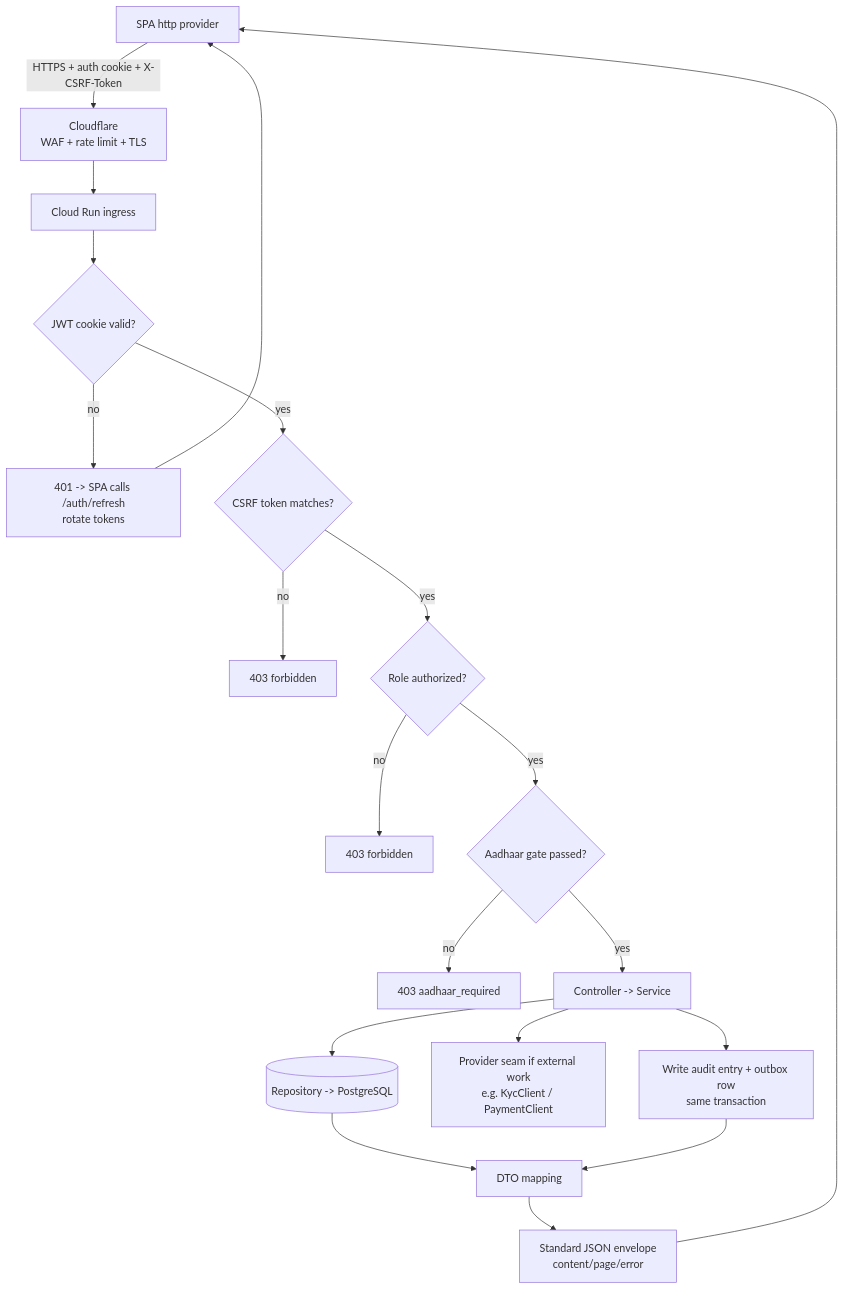
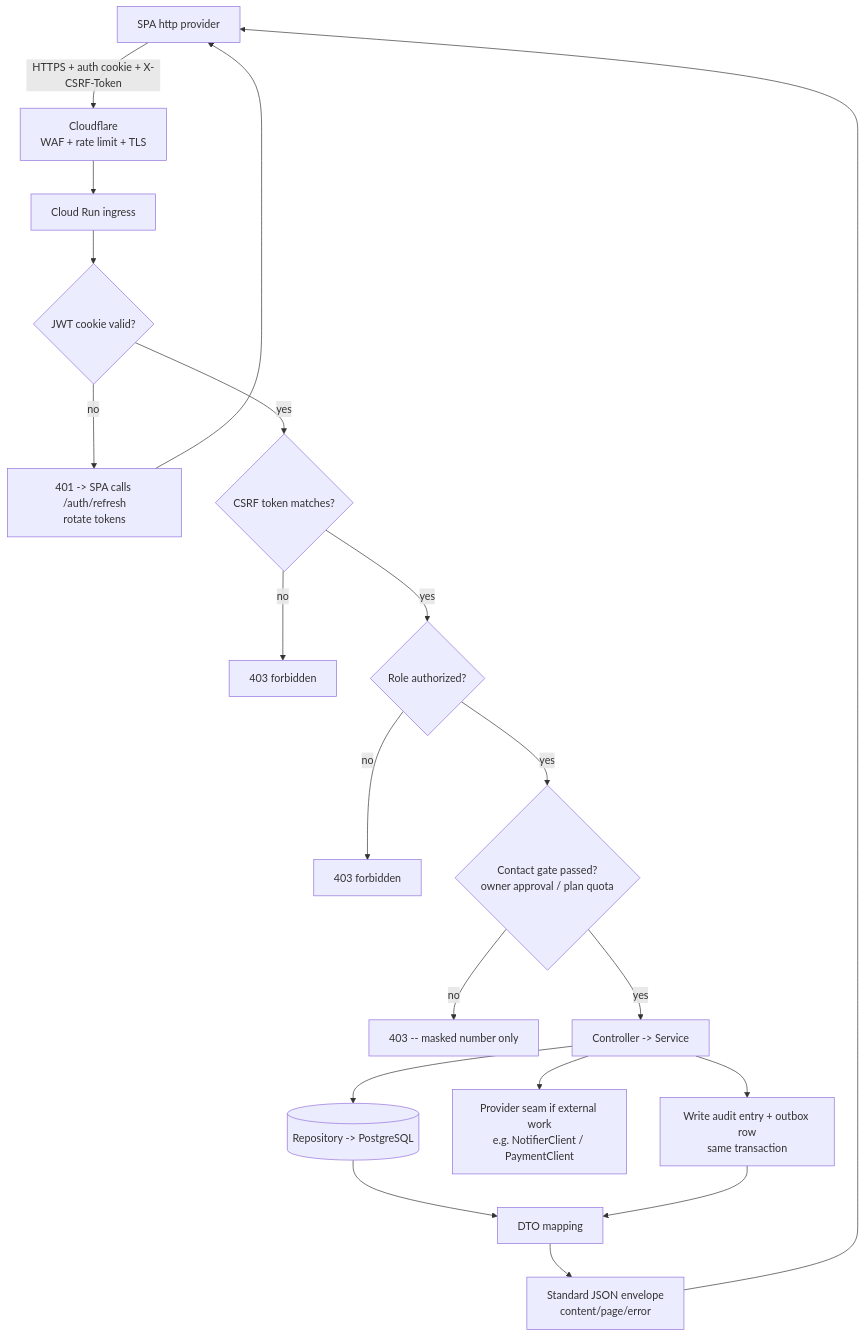
One commit to yatishpatil101/Learning changed the fourth of 11 diagrams in docs/system/platform-architecture.md. Above: the diagram before and after it, drawn with Mermaid. The commit also changed other lines of this file and 50 other files, not shown here.

````diff
--- a/docs/system/platform-architecture.md
+++ b/docs/system/platform-architecture.md
@@ -401,21 +398,21 @@
 ```mermaid
 flowchart TD
     A[SPA http provider] -->|HTTPS + auth cookie + X-CSRF-Token| B[Cloudflare<br/>WAF + rate limit + TLS]
     B --> C[Cloud Run ingress]
     C --> D{JWT cookie valid?}
     D -- no --> D1[401 -> SPA calls /auth/refresh<br/>rotate tokens] --> A
     D -- yes --> E{CSRF token matches?}
     E -- no --> E1[403 forbidden]
     E -- yes --> F{Role authorized?}
     F -- no --> F1[403 forbidden]
-    F -- yes --> G{Aadhaar gate passed?}
-    G -- no --> G1[403 aadhaar_required]
+    F -- yes --> G{Contact gate passed?<br/>owner approval / plan quota}
+    G -- no --> G1[403 -- masked number only]
     G -- yes --> H[Controller -> Service]
     H --> I[(Repository -> PostgreSQL)]
-    H --> J[Provider seam if external work<br/>e.g. KycClient / PaymentClient]
+    H --> J[Provider seam if external work<br/>e.g. NotifierClient / PaymentClient]
     H --> K[Write audit entry + outbox row<br/>same transaction]
     I --> L[DTO mapping]
     K --> L
     L --> M[Standard JSON envelope<br/>content/page/error]
     M --> A
 ```
````
